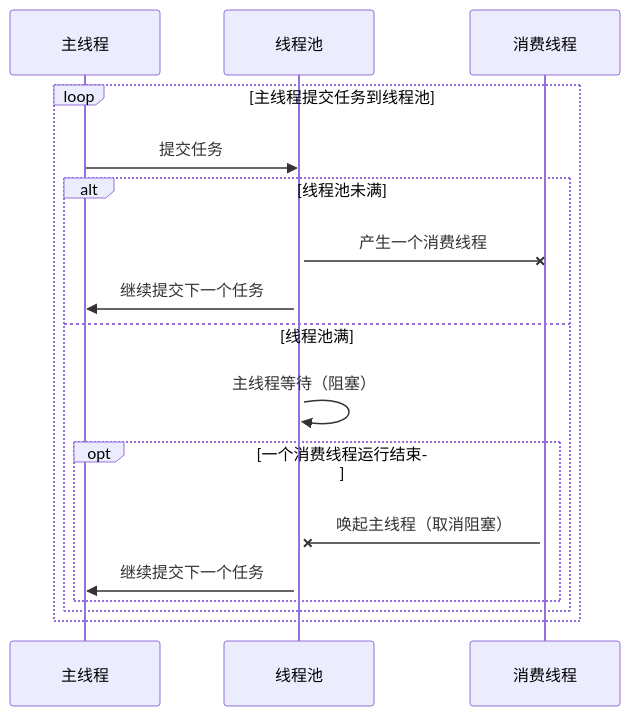
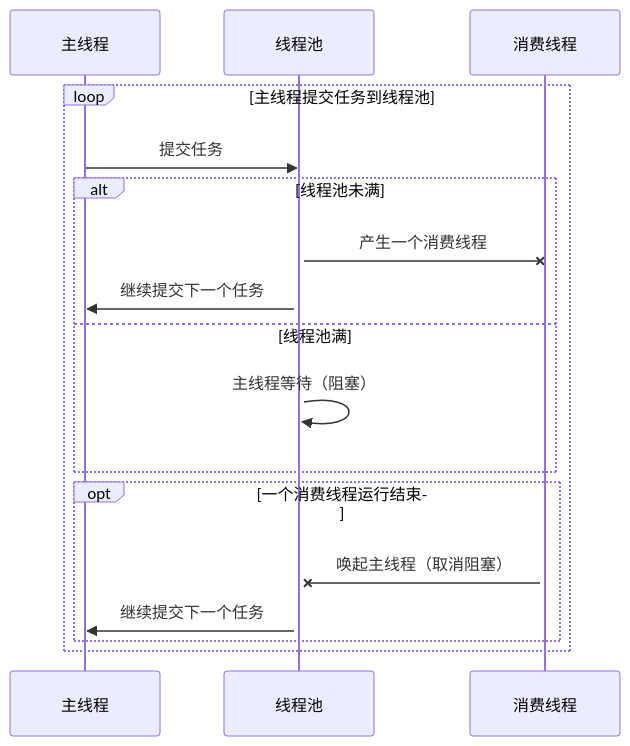
One commit to lalinking/lalinking.github.io changed the diagram in blog/data/2019/java_threadpool01.md. Above: the diagram before and after it, drawn with Mermaid. The commit also changed other lines of this file and 1 other file, not shown here.

Commit message:
修改流程图

````diff
--- a/blog/data/2019/java_threadpool01.md
+++ b/blog/data/2019/java_threadpool01.md
@@ -11,27 +10,25 @@
 ```mermaid
 sequenceDiagram
   participant main as 主线程
   participant pool as 线程池
   participant client as 消费线程
     loop 主线程提交任务到线程池
       main ->> pool: 提交任务
       activate pool
       
       alt 线程池未满
         pool -x client: 产生一个消费线程
         activate client
         pool ->> main: 继续提交下一个任务
       else 线程池满
-        
         pool ->> pool: 主线程等待（阻塞）
-        opt 一个消费线程运行结束
-          client -x pool: 唤起主线程（取消阻塞）
-          activate pool
-          pool ->> main: 继续提交下一个任务
-        end
-        
+      end 
+
+      opt 一个消费线程运行结束
+        client -x pool: 唤起主线程（取消阻塞）
+        activate pool
+        pool ->> main: 继续提交下一个任务
       end
- 
+
     end
-
 ```
````
